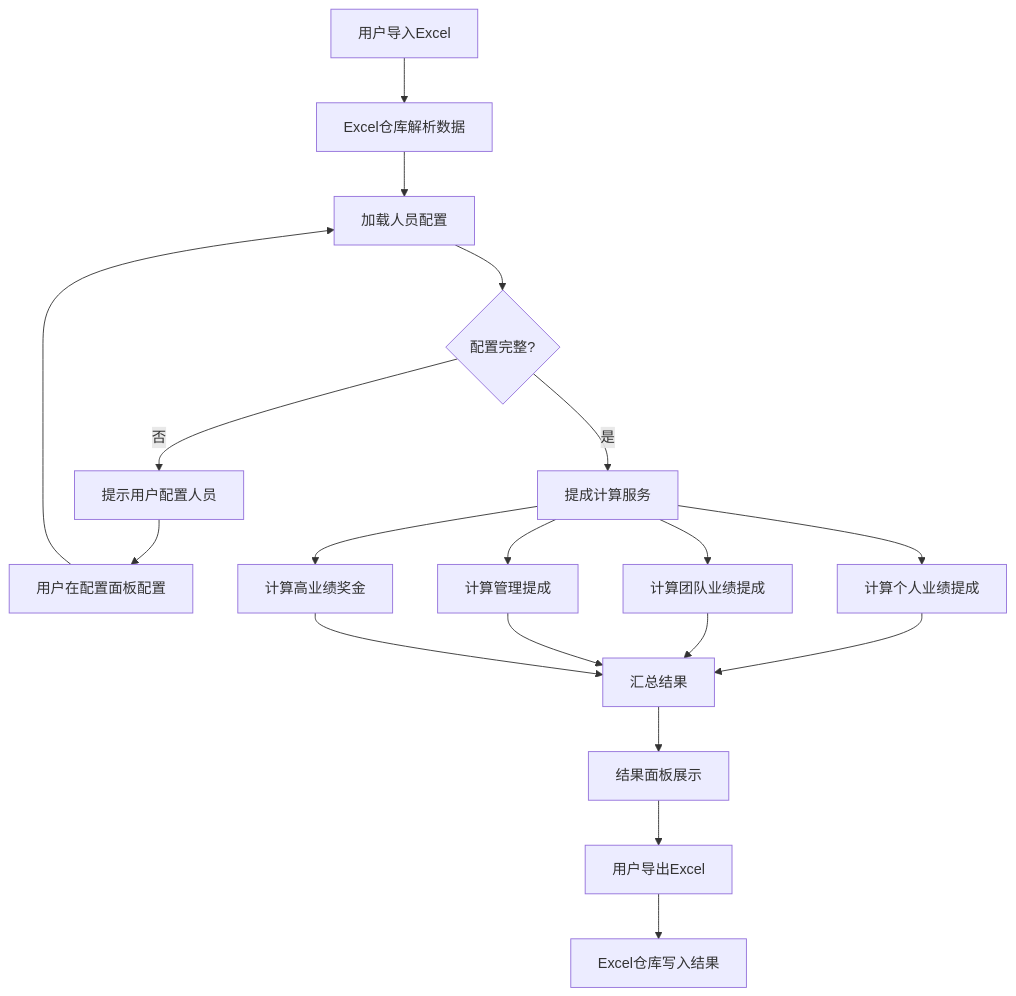
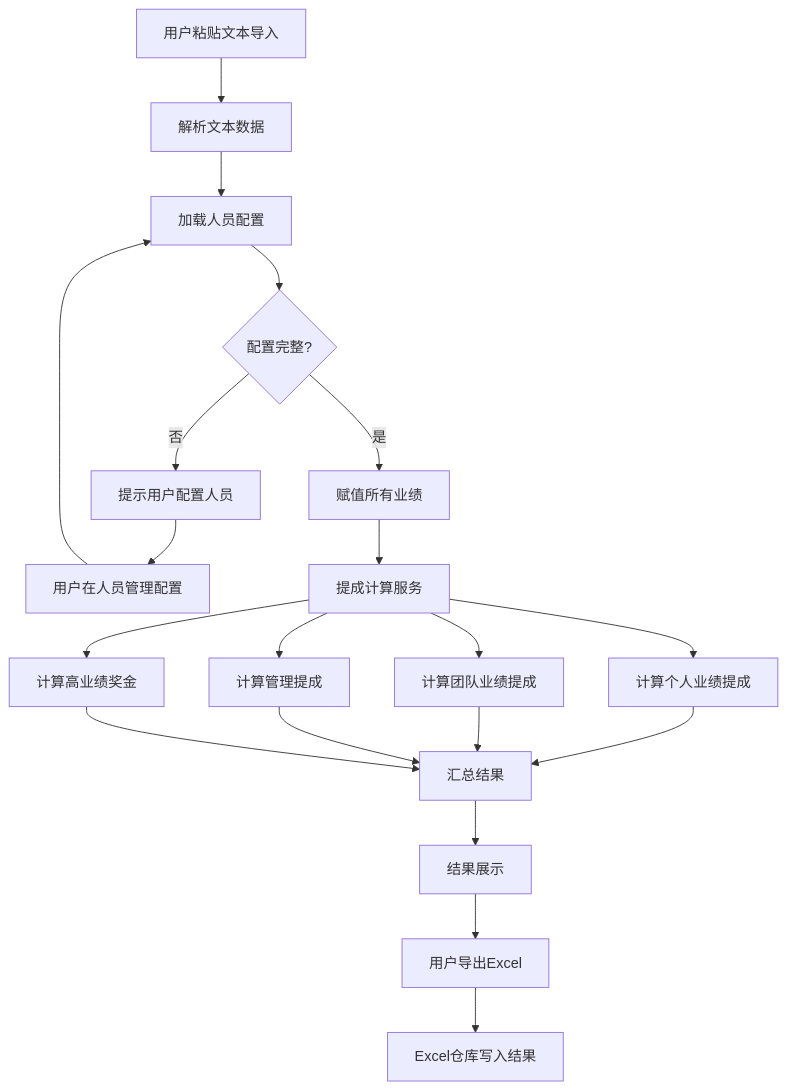
One commit to Ts-sound/CommissionCalc changed the second of 2 diagrams in docs/design/README.md. Above: the diagram before and after it, drawn with Mermaid. The commit also changed other lines of this file and 2 other files, not shown here.

````diff
--- a/docs/design/README.md
+++ b/docs/design/README.md
@@ -214,24 +200,25 @@
 ```mermaid
 flowchart TD
-    A[用户导入Excel] --> B[Excel仓库解析数据]
+    A[用户粘贴文本导入] --> B[解析文本数据]
     B --> C[加载人员配置]
     C --> D{配置完整?}
     D -->|否| E[提示用户配置人员]
-    E --> F[用户在配置面板配置]
+    E --> F[用户在人员管理配置]
     F --> C
-    D -->|是| G[提成计算服务]
+    D -->|是| G[赋值所有业绩]
+    G --> H[提成计算服务]
     
-    G --> H[计算个人业绩提成]
-    G --> I[计算团队业绩提成]
-    G --> J[计算管理提成]
-    G --> K[计算高业绩奖金]
+    H --> I[计算个人业绩提成]
+    H --> J[计算团队业绩提成]
+    H --> K[计算管理提成]
+    H --> L[计算高业绩奖金]
     
-    H --> L[汇总结果]
-    I --> L
-    J --> L
-    K --> L
+    I --> M[汇总结果]
+    J --> M
+    K --> M
+    L --> M
     
-    L --> M[结果面板展示]
-    M --> N[用户导出Excel]
-    N --> O[Excel仓库写入结果]
+    M --> N[结果展示]
+    N --> O[用户导出Excel]
+    O --> P[Excel仓库写入结果]
 ```
````
